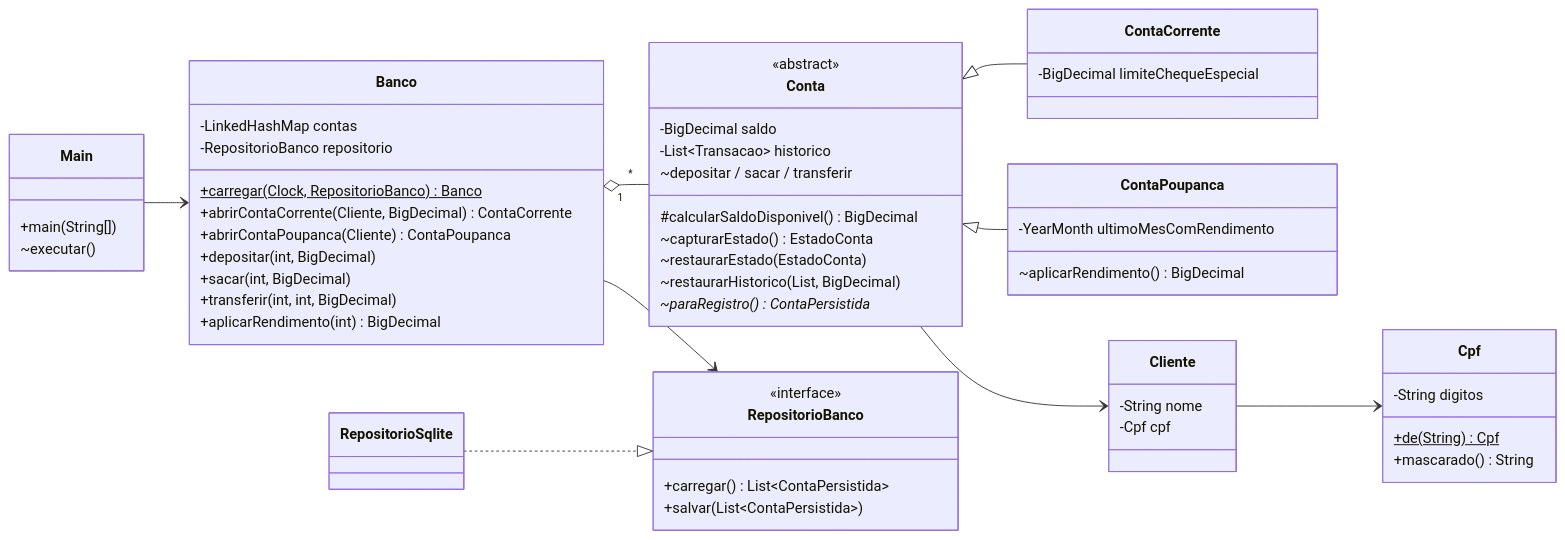
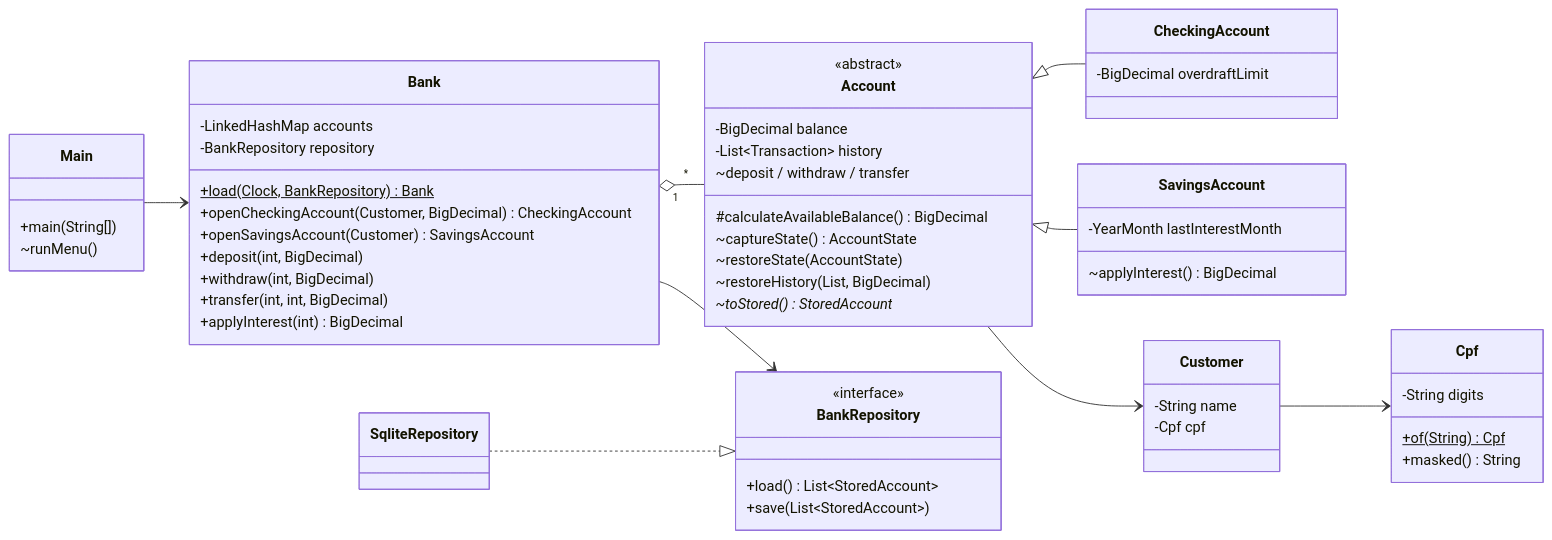
The first of 3 diagrams in docs/ARCHITECTURE.md (Amandadamata/sistema-bancario-java), drawn with Mermaid before and after one commit. The commit also changed other lines of this file and 100 other files, not shown here.

````diff
--- a/docs/ARCHITECTURE.md
+++ b/docs/ARCHITECTURE.md
@@ -22,60 +22,60 @@
 ```mermaid
 classDiagram
     direction LR
     class Main {
         +main(String[])
-        ~executar()
+        ~runMenu()
     }
-    class Banco {
-        -LinkedHashMap contas
-        -RepositorioBanco repositorio
-        +carregar(Clock, RepositorioBanco)$ Banco
-        +abrirContaCorrente(Cliente, BigDecimal) ContaCorrente
-        +abrirContaPoupanca(Cliente) ContaPoupanca
-        +depositar(int, BigDecimal)
-        +sacar(int, BigDecimal)
-        +transferir(int, int, BigDecimal)
-        +aplicarRendimento(int) BigDecimal
+    class Bank {
+        -LinkedHashMap accounts
+        -BankRepository repository
+        +load(Clock, BankRepository)$ Bank
+        +openCheckingAccount(Customer, BigDecimal) CheckingAccount
+        +openSavingsAccount(Customer) SavingsAccount
+        +deposit(int, BigDecimal)
+        +withdraw(int, BigDecimal)
+        +transfer(int, int, BigDecimal)
+        +applyInterest(int) BigDecimal
     }
-    class Conta {
+    class Account {
         <<abstract>>
-        -BigDecimal saldo
-        -List~Transacao~ historico
-        ~depositar / sacar / transferir
-        #calcularSaldoDisponivel() BigDecimal
-        ~capturarEstado() EstadoConta
-        ~restaurarEstado(EstadoConta)
-        ~restaurarHistorico(List, BigDecimal)
-        ~paraRegistro()* ContaPersistida
+        -BigDecimal balance
+        -List~Transaction~ history
+        ~deposit / withdraw / transfer
+        #calculateAvailableBalance() BigDecimal
+        ~captureState() AccountState
+        ~restoreState(AccountState)
+        ~restoreHistory(List, BigDecimal)
+        ~toStored()* StoredAccount
     }
-    class ContaCorrente {
-        -BigDecimal limiteChequeEspecial
+    class CheckingAccount {
+        -BigDecimal overdraftLimit
     }
-    class ContaPoupanca {
-        -YearMonth ultimoMesComRendimento
-        ~aplicarRendimento() BigDecimal
+    class SavingsAccount {
+        -YearMonth lastInterestMonth
+        ~applyInterest() BigDecimal
     }
-    class Cliente {
-        -String nome
+    class Customer {
+        -String name
         -Cpf cpf
     }
     class Cpf {
-        -String digitos
-        +de(String)$ Cpf
-        +mascarado() String
+        -String digits
+        +of(String)$ Cpf
+        +masked() String
     }
-    class RepositorioBanco {
+    class BankRepository {
         <<interface>>
-        +carregar() List~ContaPersistida~
-        +salvar(List~ContaPersistida~)
+        +load() List~StoredAccount~
+        +save(List~StoredAccount~)
     }
-    class RepositorioSqlite
-    Main --> Banco
-    Banco "1" o-- "*" Conta
-    Banco --> RepositorioBanco
-    Conta <|-- ContaCorrente
-    Conta <|-- ContaPoupanca
-    Conta --> Cliente
-    Cliente --> Cpf
-    RepositorioSqlite ..|> RepositorioBanco
+    class SqliteRepository
+    Main --> Bank
+    Bank "1" o-- "*" Account
+    Bank --> BankRepository
+    Account <|-- CheckingAccount
+    Account <|-- SavingsAccount
+    Account --> Customer
+    Customer --> Cpf
+    SqliteRepository ..|> BankRepository
 ```
````
